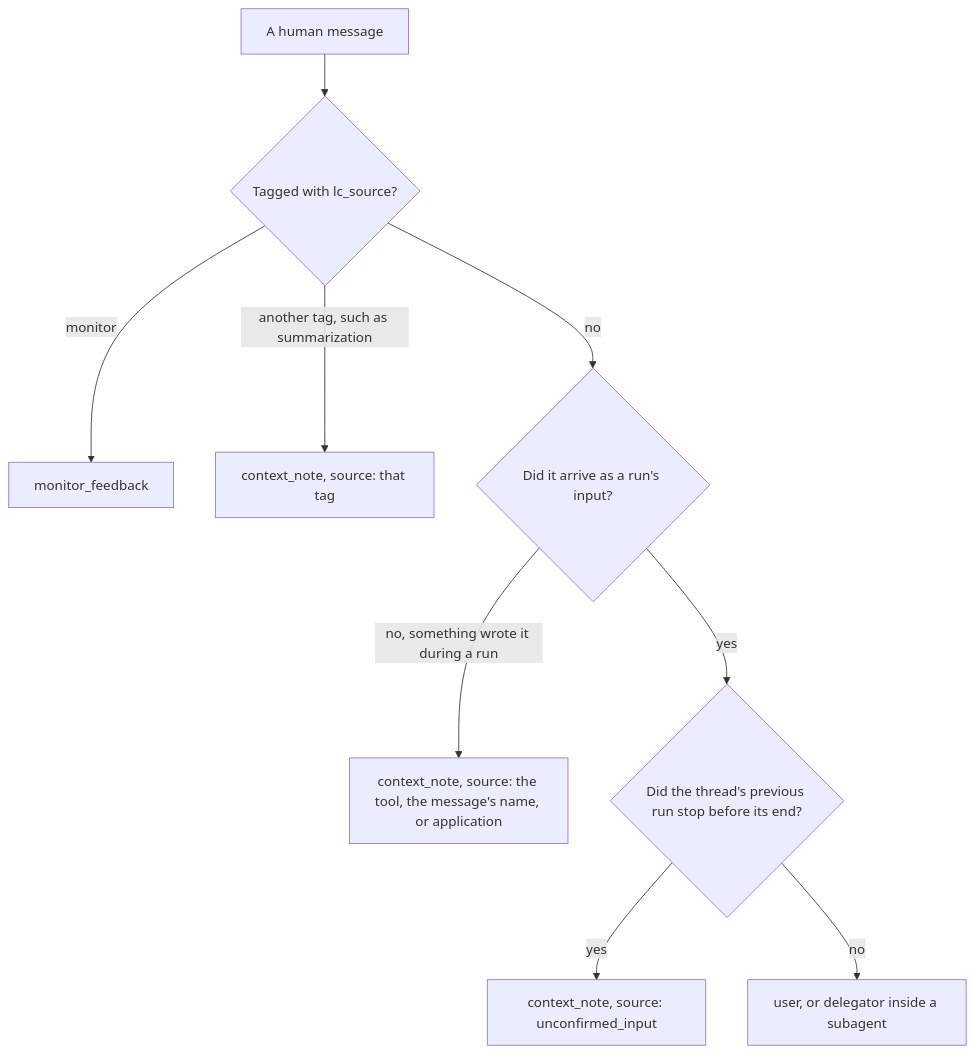
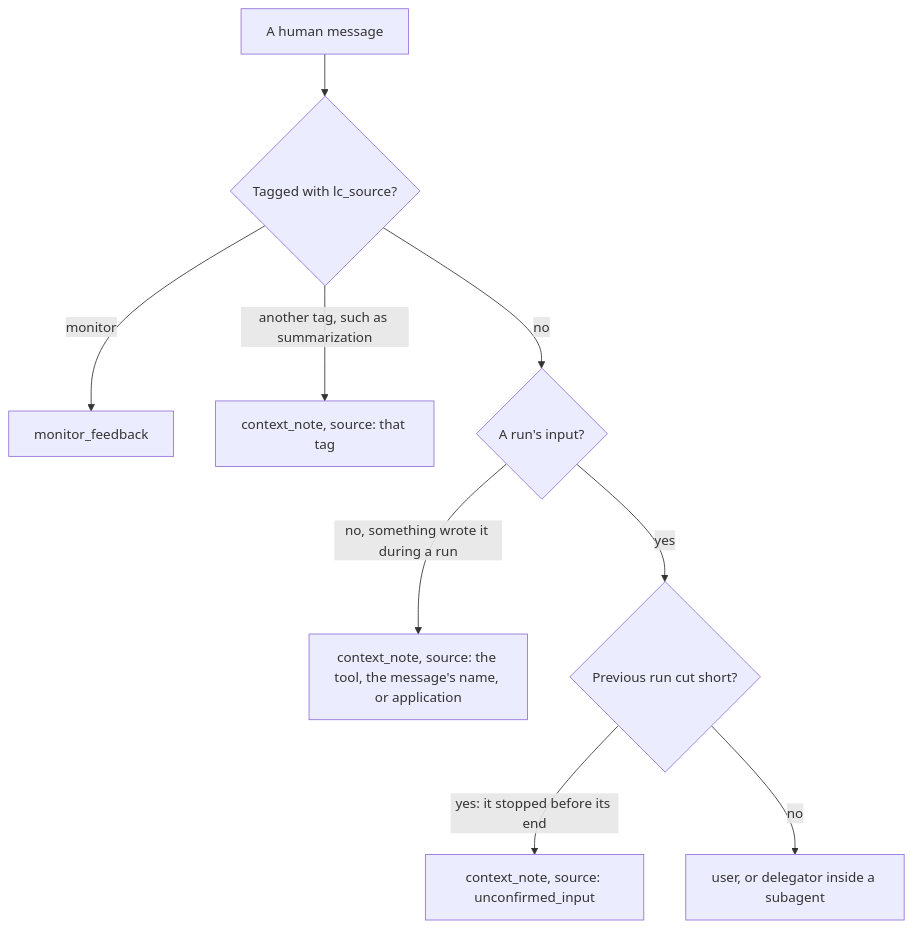
The diagram in docs/how-to/choose-what-the-monitor-reads.md (omamori-lab/langchain-sync-monitors), drawn with Mermaid before and after one commit. The commit also changed other lines of this file and 4 other files, not shown here.

First line of the commit message:
Tighten the monitor guides' wording and diagrams

````diff
--- a/docs/how-to/choose-what-the-monitor-reads.md
+++ b/docs/how-to/choose-what-the-monitor-reads.md
@@ -114,11 +115,11 @@
 ```mermaid
 flowchart TD
     message["A human message"] --> tagged{"Tagged with lc_source?"}
     tagged -- "monitor" --> feedback["monitor_feedback"]
     tagged -- "another tag, such as summarization" --> named["context_note, source: that tag"]
-    tagged -- "no" --> input{"Did it arrive as a run's input?"}
+    tagged -- "no" --> input{"A run's input?"}
     input -- "no, something wrote it during a run" --> written["context_note, source: the tool, the message's name, or application"]
-    input -- "yes" --> stopped{"Did the thread's previous run stop before its end?"}
-    stopped -- "yes" --> unconfirmed["context_note, source: unconfirmed_input"]
+    input -- "yes" --> stopped{"Previous run cut short?"}
+    stopped -- "yes: it stopped before its end" --> unconfirmed["context_note, source: unconfirmed_input"]
     stopped -- "no" --> author["user, or delegator inside a subagent"]
 ```
````
